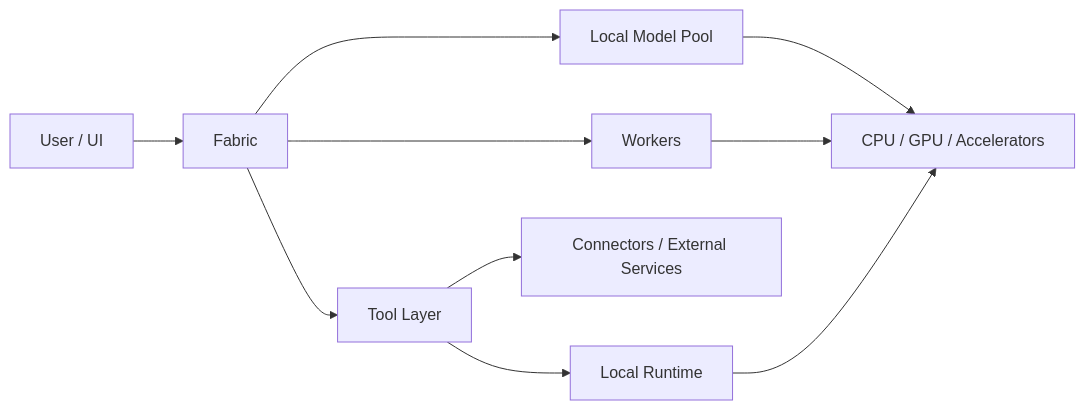
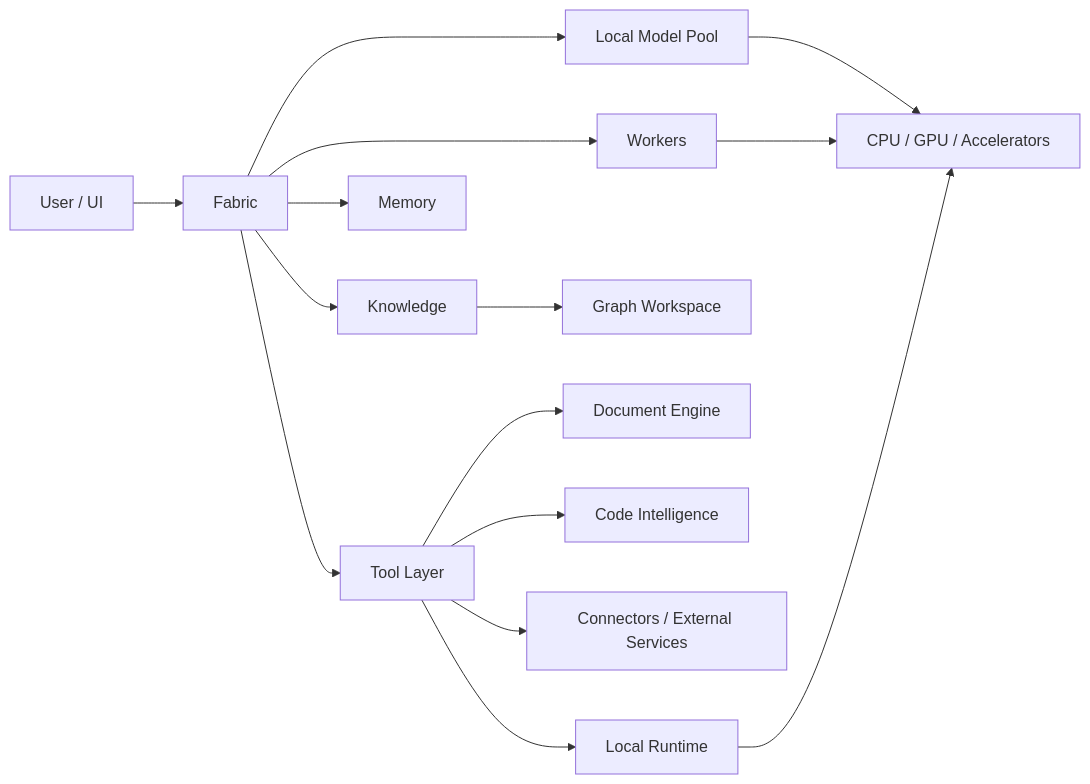
The diagram in README.md (remixazkA/ariamir-showcase), drawn with Mermaid before and after one commit. The commit also changed other lines of this file and 6 other files, not shown here.

````diff
--- a/README.md
+++ b/README.md
@@ -31,12 +44,17 @@
 ```mermaid
 flowchart LR
     U[User / UI] --> F[Fabric]
     F --> M[Local Model Pool]
     F --> W[Workers]
     F --> T[Tool Layer]
+    F --> K[Knowledge]
+    F --> P[Memory]
+    K --> G[Graph Workspace]
+    T --> D[Document Engine]
+    T --> I[Code Intelligence]
     T --> C[Connectors / External Services]
     T --> R[Local Runtime]
     M --> H[CPU / GPU / Accelerators]
     W --> H
     R --> H
 ```
````
